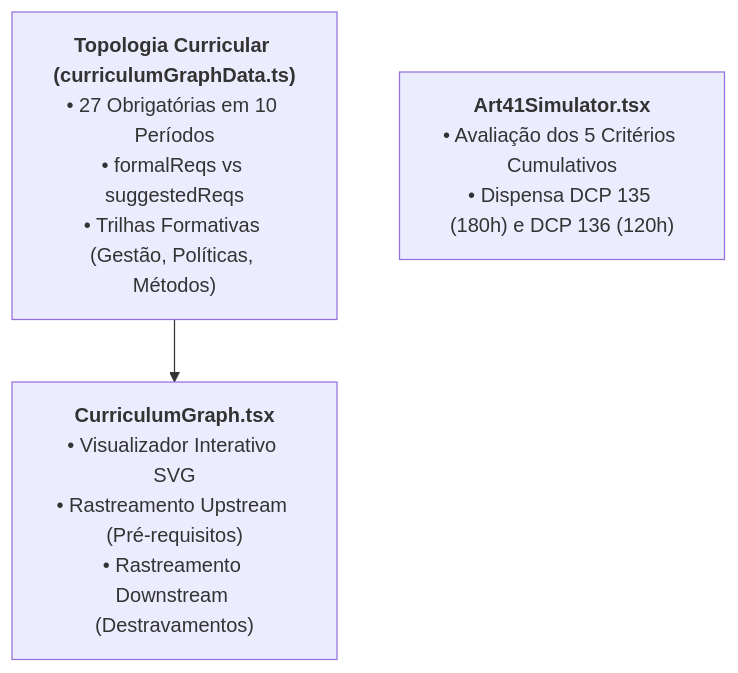
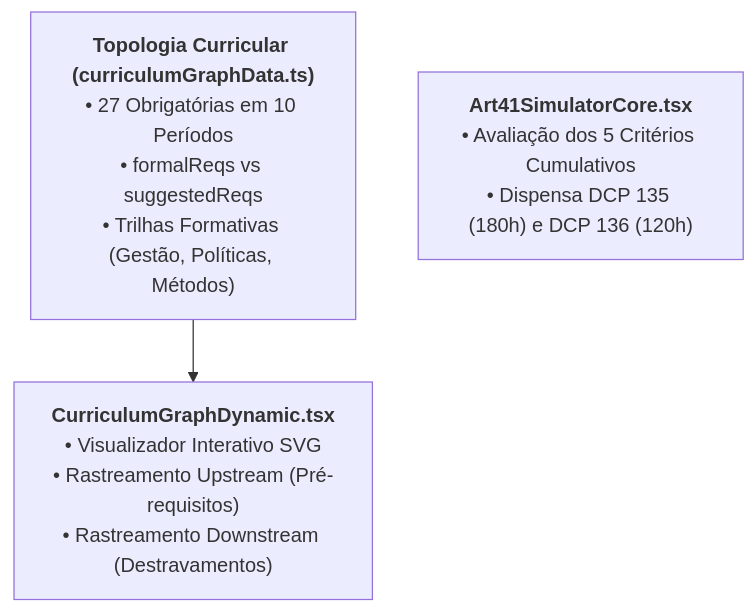
The second of 2 diagrams in docs/architecture/03-modules-and-functions.md (chapa-semente/cagp), drawn with Mermaid before and after one commit. The commit also changed other lines of this file and 655 other files, not shown here.

````diff
--- a/docs/architecture/03-modules-and-functions.md
+++ b/docs/architecture/03-modules-and-functions.md
@@ -66,10 +66,10 @@
 ```mermaid
 flowchart TD
     GraphData["<b>Topologia Curricular (curriculumGraphData.ts)</b><br/>• 27 Obrigatórias em 10 Períodos<br/>• formalReqs vs suggestedReqs<br/>• Trilhas Formativas (Gestão, Políticas, Métodos)"]
 
-    GraphUI["<b>CurriculumGraph.tsx</b><br/>• Visualizador Interativo SVG<br/>• Rastreamento Upstream (Pré-requisitos)<br/>• Rastreamento Downstream (Destravamentos)"]
+    GraphUI["<b>CurriculumGraphDynamic.tsx</b><br/>• Visualizador Interativo SVG<br/>• Rastreamento Upstream (Pré-requisitos)<br/>• Rastreamento Downstream (Destravamentos)"]
 
-    Art41["<b>Art41Simulator.tsx</b><br/>• Avaliação dos 5 Critérios Cumulativos<br/>• Dispensa DCP 135 (180h) e DCP 136 (120h)"]
+    Art41["<b>Art41SimulatorCore.tsx</b><br/>• Avaliação dos 5 Critérios Cumulativos<br/>• Dispensa DCP 135 (180h) e DCP 136 (120h)"]
 
     GraphData --> GraphUI
 ```
````
